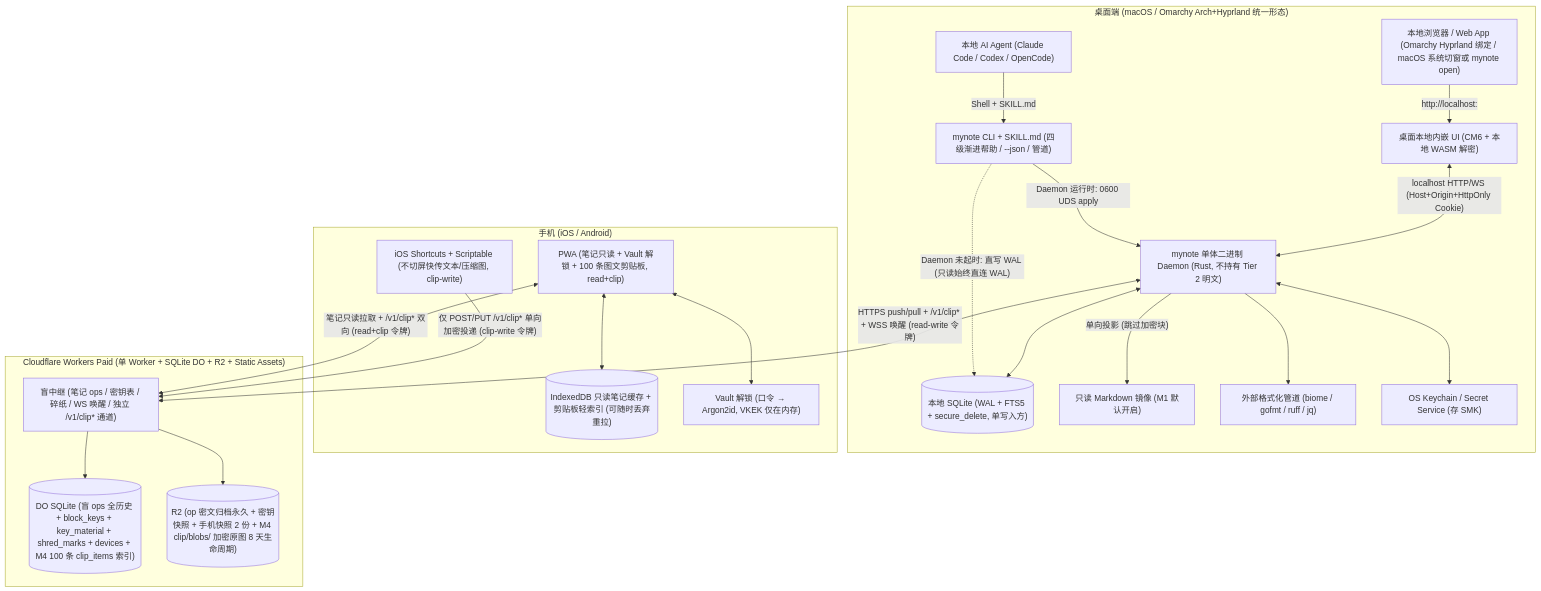
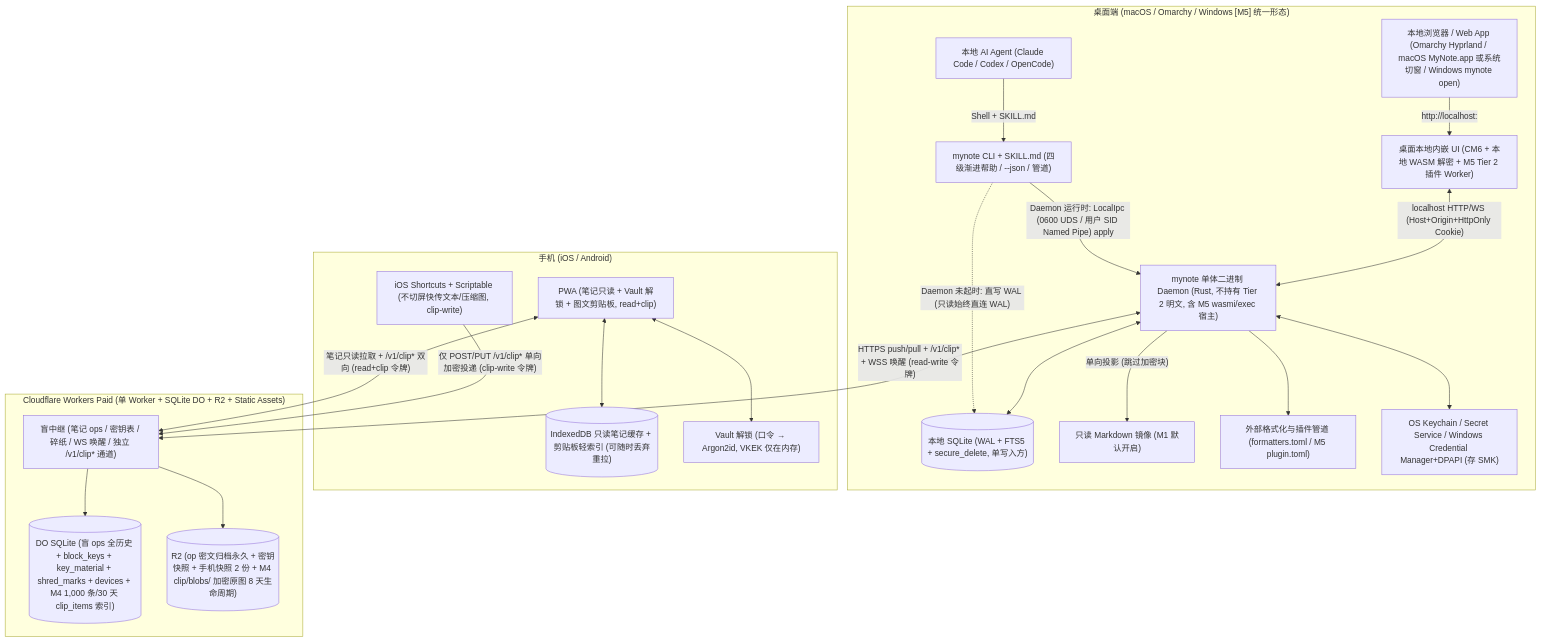
One commit to gray0128/my-note changed the first of 8 diagrams in docs/architecture-proposal.md. Above: the diagram before and after it, drawn with Mermaid. The commit also changed other lines of this file and 18 other files, not shown here.

````diff
--- a/docs/architecture-proposal.md
+++ b/docs/architecture-proposal.md
@@ -276,45 +278,45 @@
 ```mermaid
 flowchart TD
-    subgraph Desktop["桌面端 (macOS / Omarchy Arch+Hyprland 统一形态)"]
+    subgraph Desktop["桌面端 (macOS / Omarchy / Windows [M5] 统一形态)"]
         Agent["本地 AI Agent (Claude Code / Codex / OpenCode)"]
         CLI["mynote CLI + SKILL.md (四级渐进帮助 / --json / 管道)"]
-        Browser["本地浏览器 / Web App (Omarchy Hyprland 绑定 / macOS 系统切窗或 mynote open)"]
-        UI_D["桌面本地内嵌 UI (CM6 + 本地 WASM 解密)"]
-        Daemon["mynote 单体二进制 Daemon (Rust, 不持有 Tier 2 明文)"]
+        Browser["本地浏览器 / Web App (Omarchy Hyprland / macOS MyNote.app 或系统切窗 / Windows mynote open)"]
+        UI_D["桌面本地内嵌 UI (CM6 + 本地 WASM 解密 + M5 Tier 2 插件 Worker)"]
+        Daemon["mynote 单体二进制 Daemon (Rust, 不持有 Tier 2 明文, 含 M5 wasmi/exec 宿主)"]
         DB_L[("本地 SQLite (WAL + FTS5 + secure_delete, 单写入方)")]
         Mirror["只读 Markdown 镜像 (M1 默认开启)"]
-        ExtFmt["外部格式化管道 (biome / gofmt / ruff / jq)"]
-        Keyring["OS Keychain / Secret Service (存 SMK)"]
+        ExtFmt["外部格式化与插件管道 (formatters.toml / M5 plugin.toml)"]
+        Keyring["OS Keychain / Secret Service / Windows Credential Manager+DPAPI (存 SMK)"]
 
         Agent -->|"Shell + SKILL.md"| CLI
-        CLI -->|"Daemon 运行时: 0600 UDS apply"| Daemon
+        CLI -->|"Daemon 运行时: LocalIpc (0600 UDS / 用户 SID Named Pipe) apply"| Daemon
         CLI -.->|"Daemon 未起时: 直写 WAL (只读始终直连 WAL)"| DB_L
         Browser -->|"http://localhost:<port>"| UI_D
         UI_D <-->|"localhost HTTP/WS (Host+Origin+HttpOnly Cookie)"| Daemon
         Daemon <--> DB_L
         Daemon -->|"单向投影 (跳过加密块)"| Mirror
         Daemon --> ExtFmt
         Daemon <--> Keyring
     end
 
     subgraph Mobile["手机 (iOS / Android)"]
-        PWA["PWA (笔记只读 + Vault 解锁 + 100 条图文剪贴板, read+clip)"]
+        PWA["PWA (笔记只读 + Vault 解锁 + 图文剪贴板, read+clip)"]
         SC["iOS Shortcuts + Scriptable (不切屏快传文本/压缩图, clip-write)"]
         IDB[("IndexedDB 只读笔记缓存 + 剪贴板轻索引 (可随时丢弃重拉)")]
         VaultM["Vault 解锁 (口令 → Argon2id, VKEK 仅在内存)"]
         PWA <--> IDB
         PWA <--> VaultM
     end
 
     subgraph Cloud["Cloudflare Workers Paid (单 Worker + SQLite DO + R2 + Static Assets)"]
         SyncAPI["盲中继 (笔记 ops / 密钥表 / 碎纸 / WS 唤醒 / 独立 /v1/clip* 通道)"]
-        CloudDB[("DO SQLite (盲 ops 全历史 + block_keys + key_material + shred_marks + devices + M4 100 条 clip_items 索引)")]
+        CloudDB[("DO SQLite (盲 ops 全历史 + block_keys + key_material + shred_marks + devices + M4 1,000 条/30 天 clip_items 索引)")]
         R2[("R2 (op 密文归档永久 + 密钥快照 + 手机快照 2 份 + M4 clip/blobs/ 加密原图 8 天生命周期)")]
         SyncAPI --> CloudDB
         SyncAPI --> R2
     end
 
     Daemon <-->|"HTTPS push/pull + /v1/clip* + WSS 唤醒 (read-write 令牌)"| SyncAPI
     PWA <-->|"笔记只读拉取 + /v1/clip* 双向 (read+clip 令牌)"| SyncAPI
     SC -->|"仅 POST/PUT /v1/clip* 单向加密投递 (clip-write 令牌)"| SyncAPI
 ```
````
